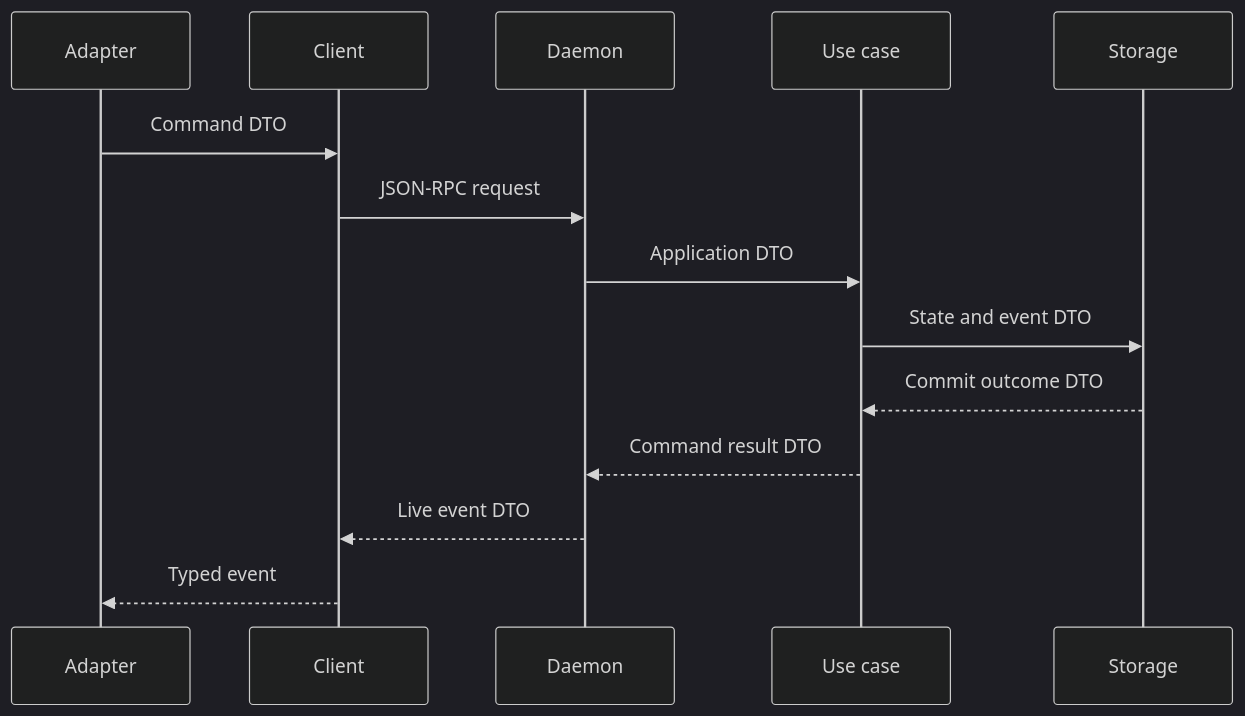
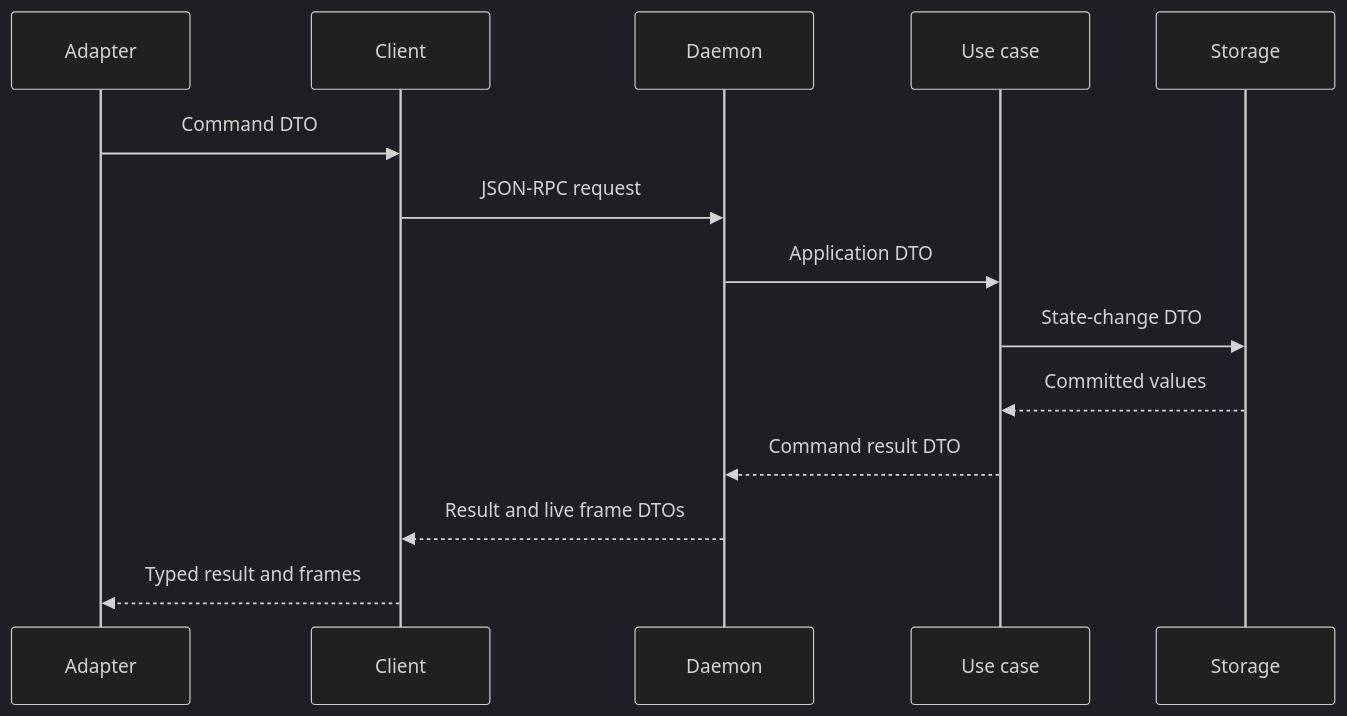
One commit to y0tsy/intention-relay changed the diagram in docs/intention-relay/architecture/02-dto-and-contract-policy.md. Above: the diagram before and after it, drawn with Mermaid (dark theme). The commit also changed other lines of this file and 24 other files, not shown here.

````diff
--- a/docs/intention-relay/architecture/02-dto-and-contract-policy.md
+++ b/docs/intention-relay/architecture/02-dto-and-contract-policy.md
@@ -179,17 +150,17 @@
 ```mermaid
 sequenceDiagram
   participant A as Adapter
   participant C as Client
   participant D as Daemon
   participant U as Use case
   participant S as Storage
 
   A->>C: Command DTO
   C->>D: JSON-RPC request
   D->>U: Application DTO
-  U->>S: State and event DTO
-  S-->>U: Commit outcome DTO
+  U->>S: State-change DTO
+  S-->>U: Committed values
   U-->>D: Command result DTO
-  D-->>C: Live event DTO
-  C-->>A: Typed event
+  D-->>C: Result and live frame DTOs
+  C-->>A: Typed result and frames
 ```
````
